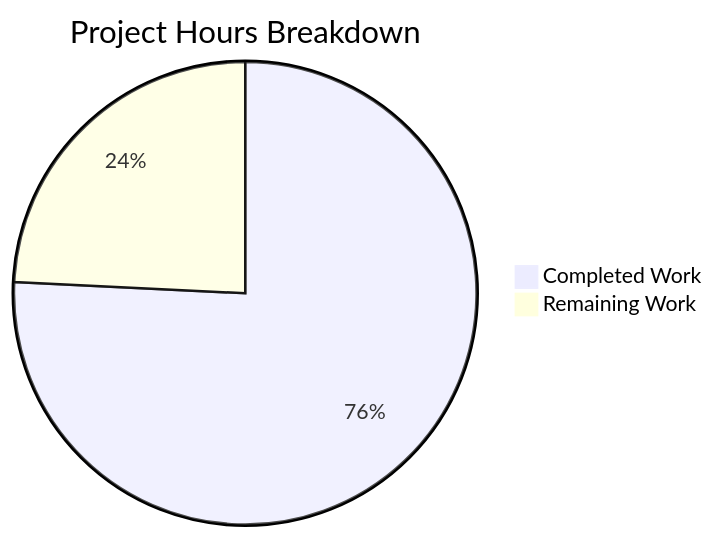
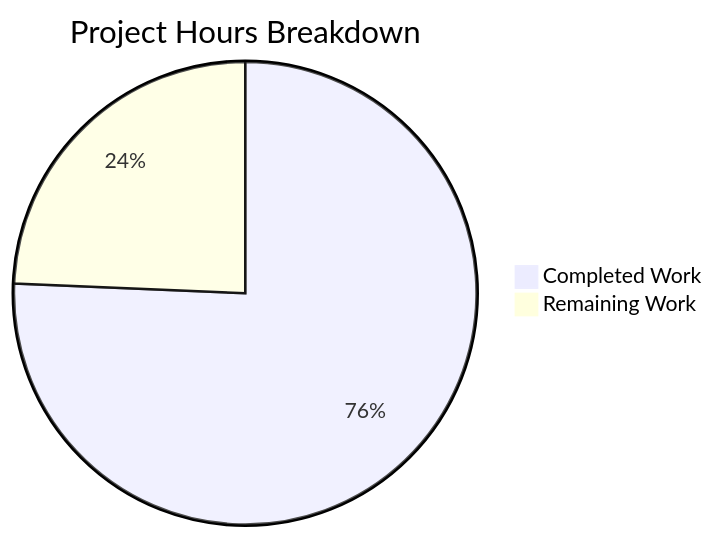
Before and after one commit to Blitzy-Sandbox/blitzy-react: the diagram in blitzy/documentation/Project Guide.md, drawn with Mermaid. The commit also changed other lines of this file, not shown here.

Commit message:
Adding Blitzy Project Guide: Project Status and Human Tasks Remaining

````diff
--- a/blitzy/documentation/Project Guide.md
+++ b/blitzy/documentation/Project Guide.md
@@ -64,5 +82,5 @@
 ```mermaid
 pie title Project Hours Breakdown
-    "Completed Work" : 122
-    "Remaining Work" : 39
+    "Completed Work" : 112
+    "Remaining Work" : 36
 ```
````
